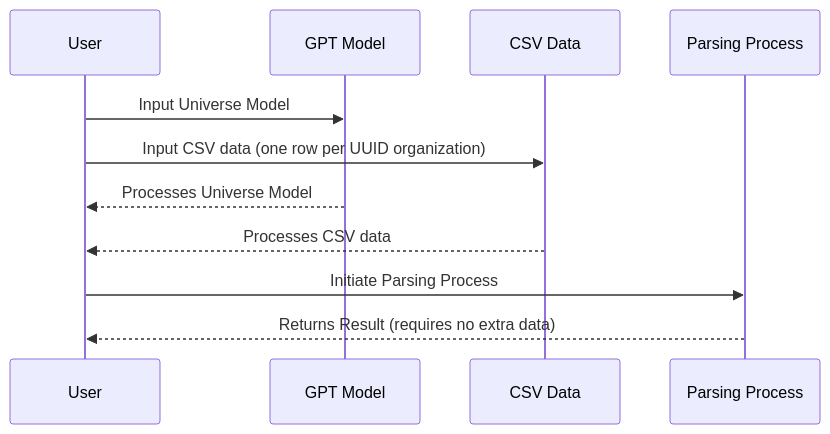
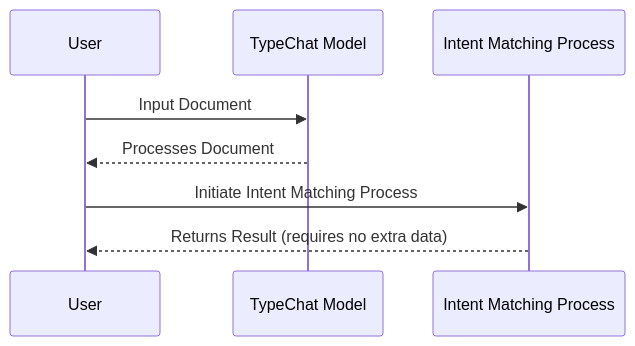
One commit to Oneirocom/generative-intent-detection changed the diagram in README.md. Above: the diagram before and after it, drawn with Mermaid. The commit also changed other lines of this file and 3 other files, not shown here.

Commit message:
Refactor README and example files, update TypeChat model and Intent Matching process

````diff
--- a/README.md
+++ b/README.md
@@ -14,14 +12,11 @@
 ```mermaid
 sequenceDiagram
     participant User as User
-    participant GPT as GPT Model
-    participant CSV as CSV Data
-    participant Parsing as Parsing Process
+    participant TC as TypeChat Model
+    participant IM as Intent Matching Process
 
-    User->>GPT: Input Universe Model
-    User->>CSV: Input CSV data (one row per UUID organization)
-    GPT-->>User: Processes Universe Model
-    CSV-->>User: Processes CSV data
-    User->>Parsing: Initiate Parsing Process
-    Parsing-->>User: Returns Result (requires no extra data)
+    User->>TC: Input Document
+    TC-->>User: Processes Document
+    User->>IM: Initiate Intent Matching Process
+    IM-->>User: Returns Result (requires no extra data)
 ```
````
